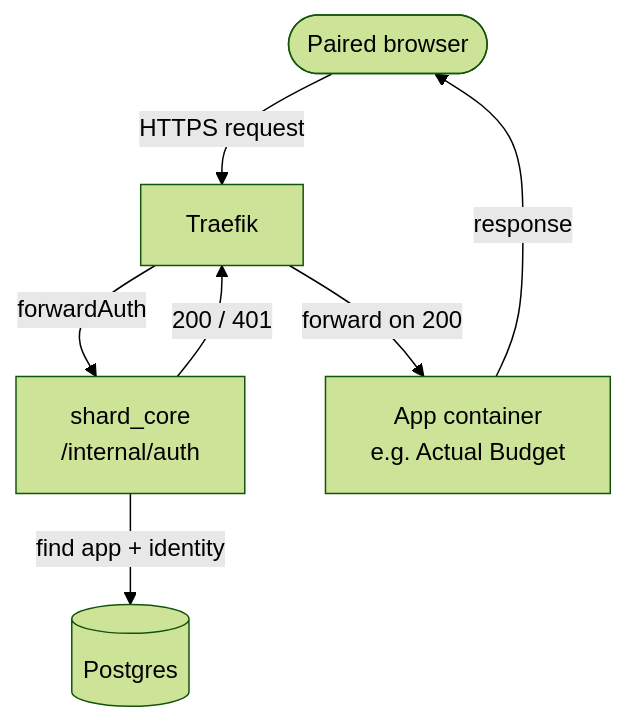
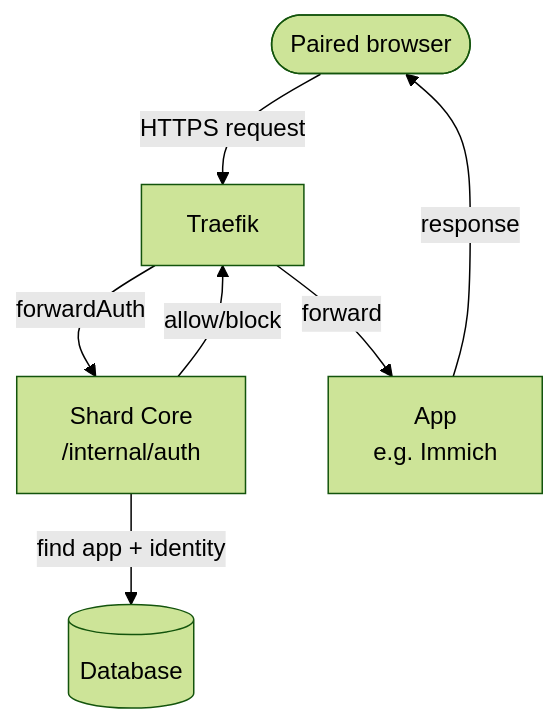
The diagram in docs/blog/posts/2026-05-29_unblocking_apps_performance_bottleneck/main.md (FreeshardBase/documentation), drawn with Mermaid (forest theme) before and after one commit. The commit also changed other lines of this file, not shown here.

Commit message:
Add bouncer metaphor and refine request-flow diagram

````diff
--- a/docs/blog/posts/2026-05-29_unblocking_apps_performance_bottleneck/main.md
+++ b/docs/blog/posts/2026-05-29_unblocking_apps_performance_bottleneck/main.md
@@ -22,15 +22,15 @@
 ```mermaid
 flowchart TD
     Browser([Paired browser])
     Traefik[Traefik]
-    ShardCore[shard_core<br/>/internal/auth]
-    DB[(Postgres)]
-    App[App container<br/>e.g. Actual Budget]
+    ShardCore[Shard Core<br/>/internal/auth]
+    DB[(Database)]
+    App[App<br/>e.g. Immich]
 
     Browser -->|HTTPS request| Traefik
     Traefik -->|forwardAuth| ShardCore
     ShardCore -->|find app + identity| DB
-    ShardCore -->|200 / 401| Traefik
-    Traefik -->|forward on 200| App
+    ShardCore -->|allow/block| Traefik
+    Traefik -->|forward| App
     App -->|response| Browser
 ```
````
